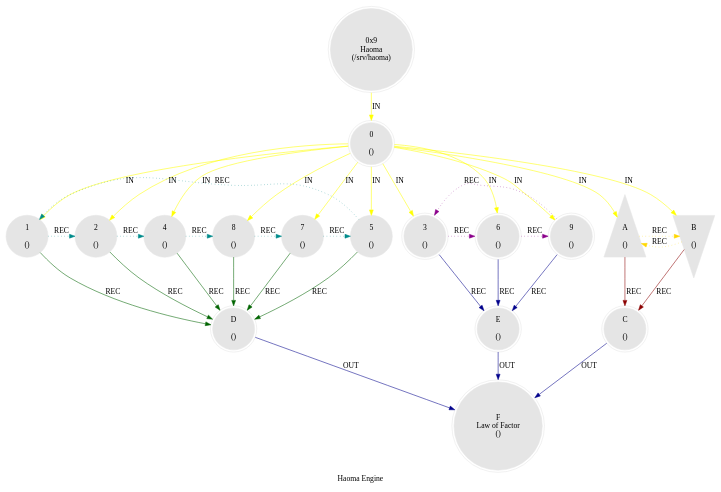
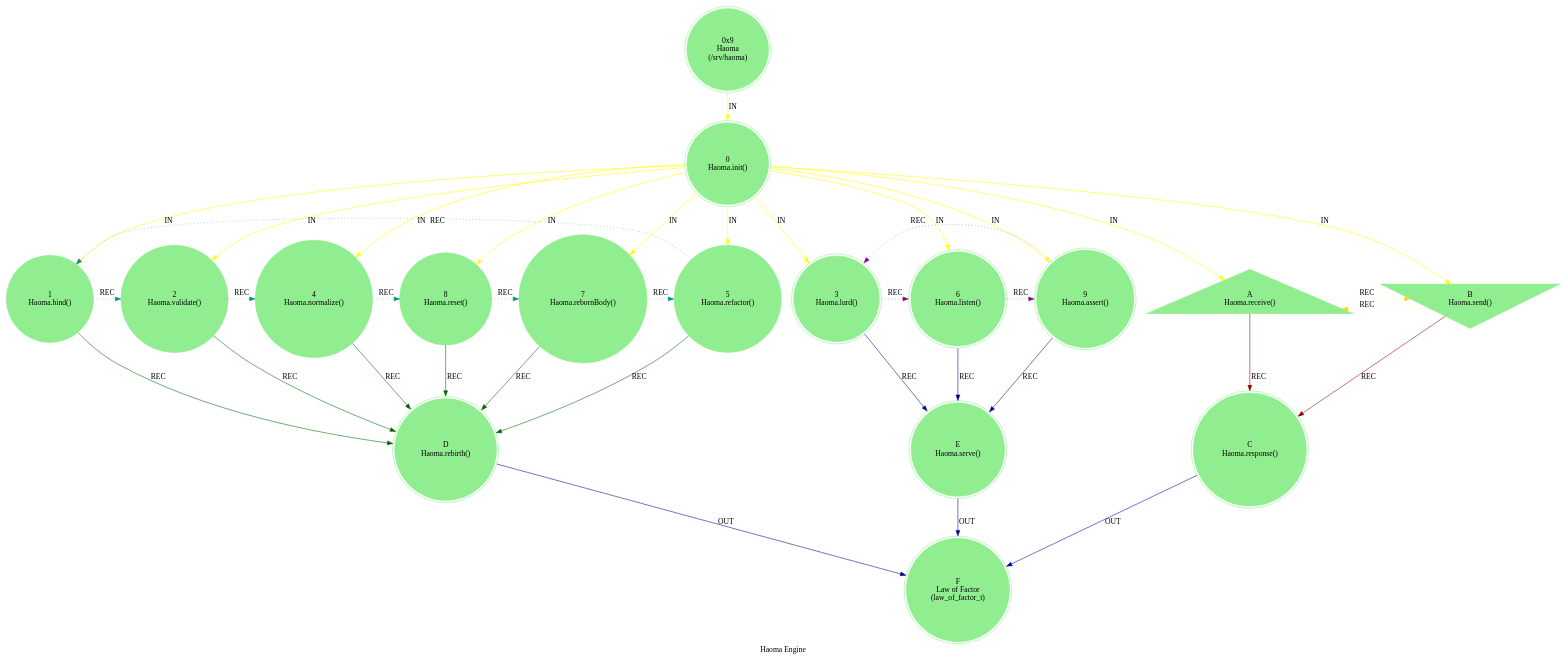
One commit to cilang/mythos changed the diagram in src/core/mythos_sys_haoma.dot. Above: the diagram before and after it, drawn with Graphviz. The commit also changed 14 other files, not shown here.

```diff
--- a/src/core/mythos_sys_haoma.dot
+++ b/src/core/mythos_sys_haoma.dot
@@ -1,44 +1,44 @@
 digraph G {
     label = "Haoma Engine";
     style = filled;
     color = red;
     comment = "";
-    node [shape = polygon; sides = 6; style = filled; color = grey90;];
+    node [shape = polygon; sides = 6; style = filled; color = lightgreen;];
     
     spark_9_mythos_t [label = "0x9\nHaoma\n(/srv/haoma)";shape = doublecircle;];
     
     // The Sacred 3-6-9 (Boundary of Perception).
     // "If you knew the magnificence of 3, 6, and 9, you would have a key to the universe." — Tesla.
     // The 1-2-4-8-7-5 Vortex (Boundary of Comprehension).
-    spark_0_haoma_t [label = "0\n\n()";shape = doublecircle;comment = "";];
-    spark_1_haoma_t [label = "1\n\n()";shape = circle;comment = "";];
-    spark_2_haoma_t [label = "2\n\n()";shape = circle;comment = "";];
-    spark_4_haoma_t [label = "4\n\n()";shape = circle;comment = "";];
-    spark_8_haoma_t [label = "8\n\n()";shape = circle;comment = "";];
-    spark_7_haoma_t [label = "7\n\n()";shape = circle;comment = "";];
-    spark_5_haoma_t [label = "5\n\n()";shape = circle;comment = "";];
-    spark_3_haoma_t [label = "3\n\n()";shape = doublecircle;comment = "";];
-    spark_6_haoma_t [label = "6\n\n()";shape = doublecircle;comment = "";];
-    spark_9_haoma_t [label = "9\n\n()";shape = doublecircle;comment = "";];
-    spark_a_haoma_t [label = "A\n\n()";shape = triangle;comment = "";];
-    spark_b_haoma_t [label = "B\n\n()";shape = invtriangle;comment = "";];
-    spark_c_haoma_t [label = "C\n\n()";shape = doublecircle;];
-    spark_d_haoma_t [label = "D\n\n()";shape = doublecircle;];
-    spark_e_haoma_t [label = "E\n\n()";shape = doublecircle;];
-    spark_f_haoma_t [label = "F\nLaw of Factor\n()";shape = doublecircle;];
+    spark_0_haoma_t [label = "0\nHaoma.init()";shape = doublecircle;comment = "Engine Init";];
+    spark_1_haoma_t [label = "1\nHaoma.bind()";shape = circle;comment = "";];
+    spark_2_haoma_t [label = "2\nHaoma.validate()";shape = circle;comment = "";];
+    spark_4_haoma_t [label = "4\nHaoma.normalize()";shape = circle;comment = "";];
+    spark_8_haoma_t [label = "8\nHaoma.reset()";shape = circle;comment = "";];
+    spark_7_haoma_t [label = "7\nHaoma.rebornBody()";shape = circle;comment = "";];
+    spark_5_haoma_t [label = "5\nHaoma.refactor()";shape = circle;comment = "";];
+    spark_3_haoma_t [label = "3\nHaoma.lurd()";shape = doublecircle;comment = "`/sys/lurd`";];
+    spark_6_haoma_t [label = "6\nHaoma.listen()";shape = doublecircle;comment = "";];
+    spark_9_haoma_t [label = "9\nHaoma.assert()";shape = doublecircle;comment = "";];
+    spark_a_haoma_t [label = "A\nHaoma.receive()";shape = triangle;comment = "";];
+    spark_b_haoma_t [label = "B\nHaoma.send()";shape = invtriangle;comment = "";];
+    spark_c_haoma_t [label = "C\nHaoma.response()";shape = doublecircle;comment = "";];
+    spark_d_haoma_t [label = "D\nHaoma.rebirth()";shape = doublecircle;comment = "";];
+    spark_e_haoma_t [label = "E\nHaoma.serve()";shape = doublecircle;comment = "`/sys/haoma`";];
+    spark_f_haoma_t [label = "F\nLaw of Factor\n(law_of_factor_t)";shape = doublecircle;comment = "";];
     
     // IN = Input
     // OUT = Output
     // REC = Recursion
     spark_9_mythos_t -> spark_0_haoma_t -> {spark_a_haoma_t spark_b_haoma_t spark_1_haoma_t spark_2_haoma_t spark_3_haoma_t spark_4_haoma_t spark_5_haoma_t spark_6_haoma_t spark_7_haoma_t spark_8_haoma_t spark_9_haoma_t} [label = "IN"; color = yellow; comment = "";];
     
     {spark_a_haoma_t spark_b_haoma_t} -> spark_c_haoma_t [label = "REC"; color = darkred; comment = "";];
     {spark_1_haoma_t spark_2_haoma_t spark_4_haoma_t spark_8_haoma_t spark_7_haoma_t spark_5_haoma_t} -> spark_d_haoma_t [label = "REC"; color = darkgreen; comment = "";];
     {spark_3_haoma_t spark_6_haoma_t spark_9_haoma_t} -> spark_e_haoma_t [label = "REC"; color = darkblue; comment = "";];
     
     spark_1_haoma_t -> spark_2_haoma_t -> spark_4_haoma_t -> spark_8_haoma_t -> spark_7_haoma_t -> spark_5_haoma_t -> spark_1_haoma_t [label = "REC"; color = darkcyan; comment = ""; style = dotted; constraint = false;];
     spark_3_haoma_t -> spark_6_haoma_t -> spark_9_haoma_t -> spark_3_haoma_t [label = "REC"; color = darkmagenta; comment = ""; style = dotted; constraint = false;];
     spark_a_haoma_t -> spark_b_haoma_t -> spark_a_haoma_t [label = "REC"; color = gold; comment = ""; style = dotted; constraint = false;];
     
     {spark_c_haoma_t spark_d_haoma_t spark_e_haoma_t} -> spark_f_haoma_t [label = "OUT"; color = darkblue; comment = "";];
 }
```
